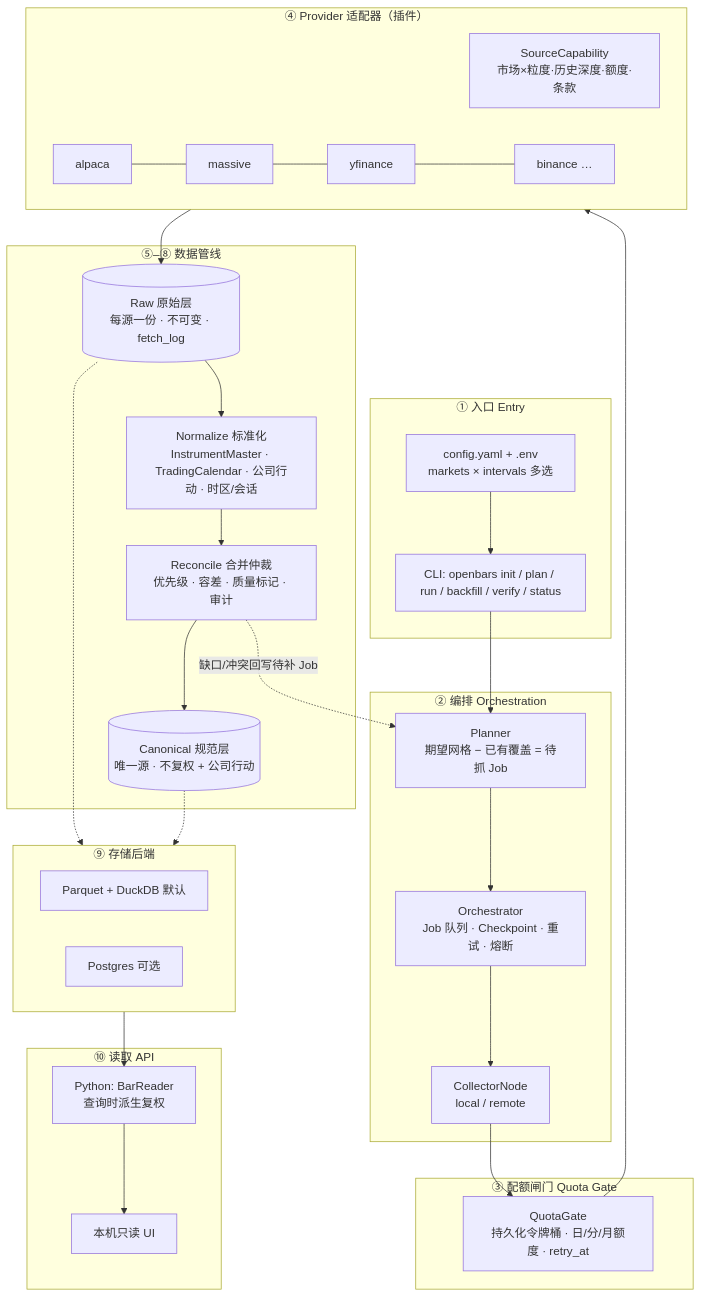
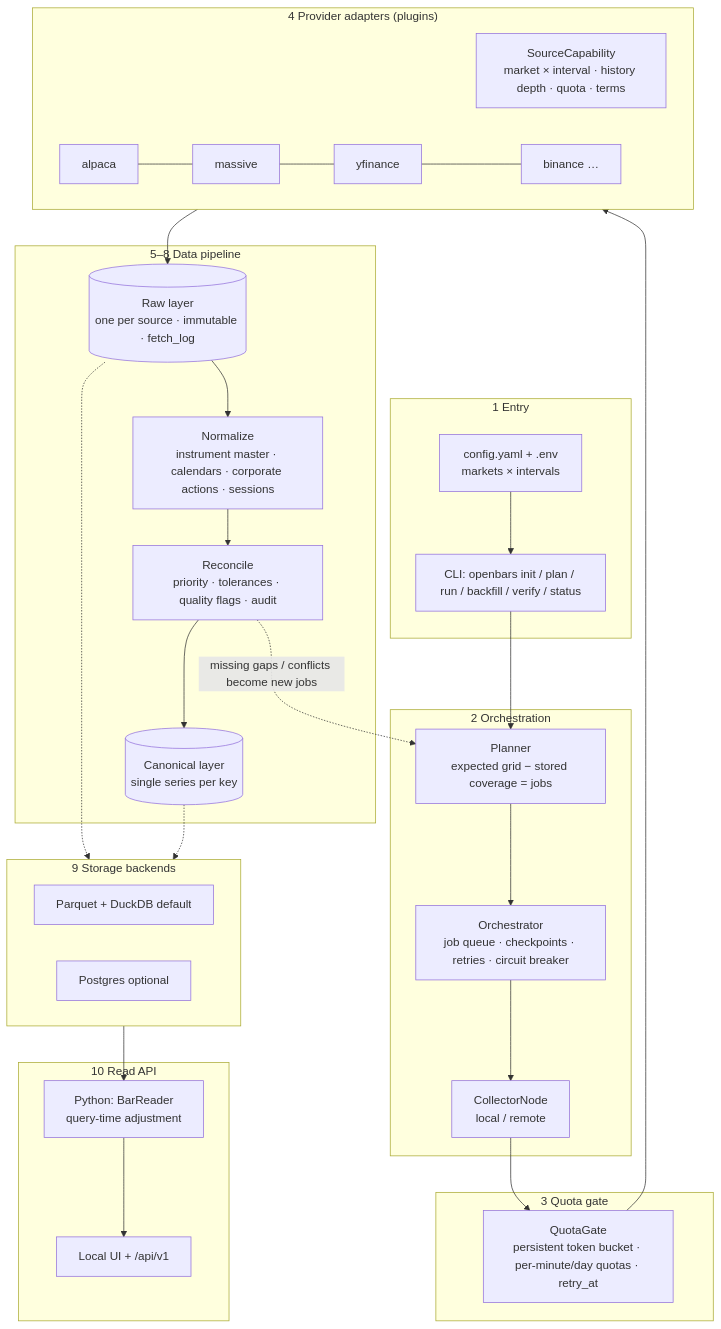
The diagram in docs/architecture.md (Liyuk/openbars), drawn with Mermaid before and after one commit. The commit also changed other lines of this file and 67 other files, not shown here.

````diff
--- a/docs/architecture.md
+++ b/docs/architecture.md
@@ -41,46 +62,46 @@
 ```mermaid
 flowchart TD
-    subgraph Entry["① 入口 Entry"]
-        CFG[config.yaml + .env<br/>markets × intervals 多选]
+    subgraph Entry["1 Entry"]
+        CFG[config.yaml + .env<br/>markets × intervals]
         CLI[CLI: openbars init / plan / run / backfill / verify / status]
     end
 
-    subgraph Orchestration["② 编排 Orchestration"]
-        PLAN[Planner<br/>期望网格 − 已有覆盖 = 待抓 Job]
-        ORCH[Orchestrator<br/>Job 队列 · Checkpoint · 重试 · 熔断]
+    subgraph Orchestration["2 Orchestration"]
+        PLAN[Planner<br/>expected grid − stored coverage = jobs]
+        ORCH[Orchestrator<br/>job queue · checkpoints · retries · circuit breaker]
         NODE[CollectorNode<br/>local / remote]
     end
 
-    subgraph Quota["③ 配额闸门 Quota Gate"]
-        GATE[QuotaGate<br/>持久化令牌桶 · 日/分/月额度 · retry_at]
+    subgraph Quota["3 Quota gate"]
+        GATE[QuotaGate<br/>persistent token bucket · per-minute/day quotas · retry_at]
     end
 
-    subgraph Providers["④ Provider 适配器（插件）"]
-        CAP[SourceCapability<br/>市场×粒度·历史深度·额度·条款]
+    subgraph Providers["4 Provider adapters (plugins)"]
+        CAP[SourceCapability<br/>market × interval · history depth · quota · terms]
         P1[alpaca] --- P2[massive] --- P3[yfinance] --- P4[binance …]
     end
 
-    subgraph Data["⑤–⑧ 数据管线"]
-        RAW[(Raw 原始层<br/>每源一份 · 不可变 · fetch_log)]
-        NORM[Normalize 标准化<br/>InstrumentMaster · TradingCalendar · 公司行动 · 时区/会话]
-        REC[Reconcile 合并仲裁<br/>优先级 · 容差 · 质量标记 · 审计]
-        CAN[(Canonical 规范层<br/>唯一源 · 不复权 + 公司行动)]
+    subgraph Data["5–8 Data pipeline"]
+        RAW[(Raw layer<br/>one per source · immutable · fetch_log)]
+        NORM[Normalize<br/>instrument master · calendars · corporate actions · sessions]
+        REC[Reconcile<br/>priority · tolerances · quality flags · audit]
+        CAN[(Canonical layer<br/>single series per key)]
     end
 
-    subgraph Store["⑨ 存储后端"]
-        PQ[Parquet + DuckDB 默认]
-        PG[Postgres 可选]
+    subgraph Store["9 Storage backends"]
+        PQ[Parquet + DuckDB default]
+        PG[Postgres optional]
     end
 
-    subgraph Read["⑩ 读取 API"]
-        LIB[Python: BarReader<br/>查询时派生复权]
-        HTTP[本机只读 UI]
+    subgraph Read["10 Read API"]
+        LIB[Python: BarReader<br/>query-time adjustment]
+        HTTP[Local UI + /api/v1]
     end
 
     CFG --> CLI --> PLAN --> ORCH --> NODE --> GATE --> Providers
     Providers --> RAW --> NORM --> REC --> CAN
     RAW -.-> Store
     CAN -.-> Store
     Store --> LIB --> HTTP
-    REC -. 缺口/冲突回写待补 Job .-> PLAN
+    REC -. missing gaps / conflicts become new jobs .-> PLAN
 ```
````
